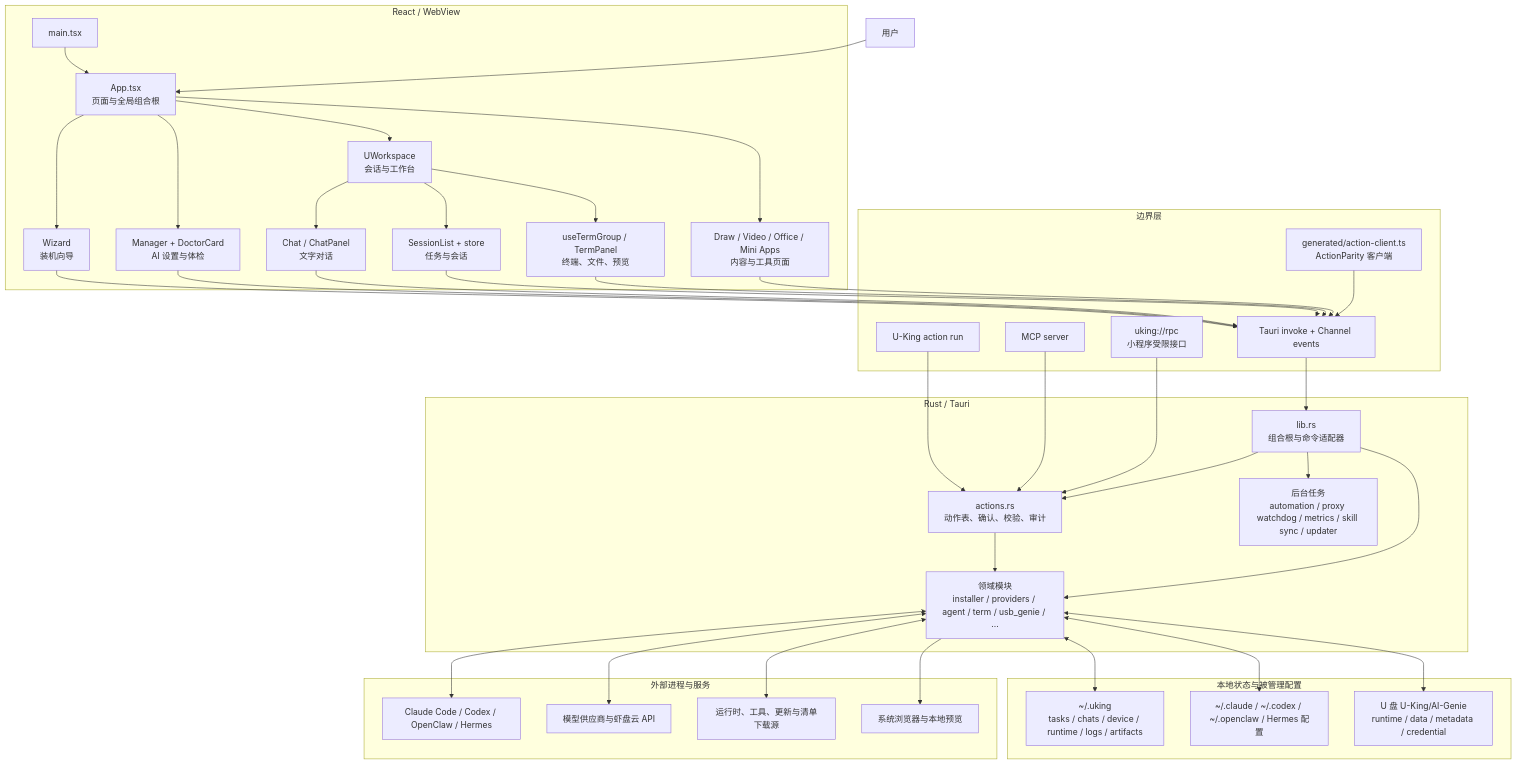
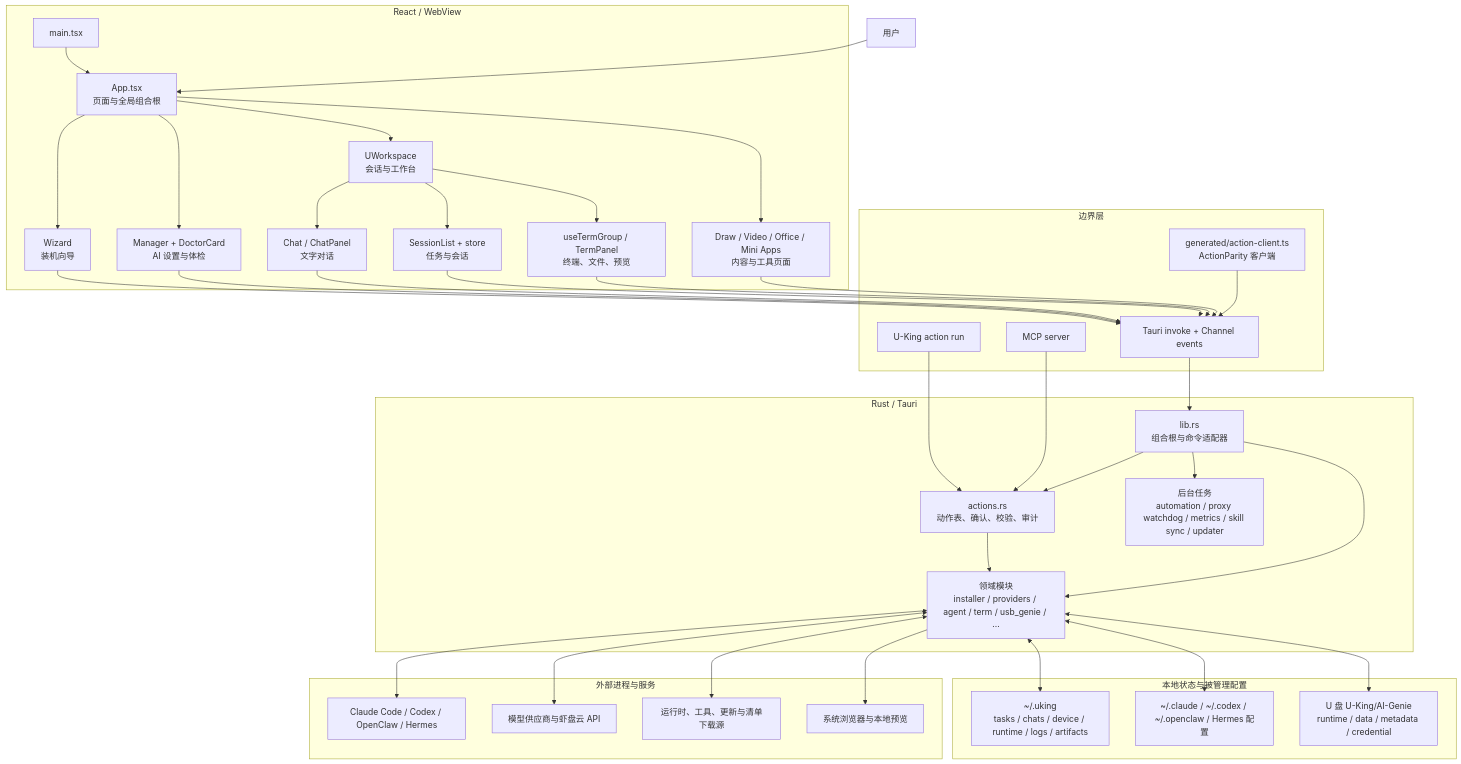
One commit to dongsheng123132/u-king changed the first of 4 diagrams in ARCHITECTURE.md. Above: the diagram before and after it, drawn with Mermaid. The commit also changed other lines of this file and 30 other files, not shown here.

````diff
--- a/ARCHITECTURE.md
+++ b/ARCHITECTURE.md
@@ -33,69 +33,67 @@
 ```mermaid
 flowchart TB
     User["用户"]
 
     subgraph Frontend["React / WebView"]
         Main["main.tsx"] --> App["App.tsx\n页面与全局组合根"]
         App --> Setup["Wizard\n装机向导"]
         App --> Manage["Manager + DoctorCard\nAI 设置与体检"]
         App --> Workspace["UWorkspace\n会话与工作台"]
         App --> Create["Draw / Video / Office / Mini Apps\n内容与工具页面"]
         Workspace --> Chat["Chat / ChatPanel\n文字对话"]
         Workspace --> Session["SessionList + store\n任务与会话"]
         Workspace --> TermUI["useTermGroup / TermPanel\n终端、文件、预览"]
     end
 
     subgraph Bridge["边界层"]
         Invoke["Tauri invoke + Channel events"]
         Generated["generated/action-client.ts\nActionParity 客户端"]
         CLI["U-King action run"]
         MCP["MCP server"]
-        MiniRPC["uking://rpc\n小程序受限接口"]
     end
 
     subgraph Backend["Rust / Tauri"]
         Lib["lib.rs\n组合根与命令适配器"]
         Actions["actions.rs\n动作表、确认、校验、审计"]
         Domains["领域模块\ninstaller / providers / agent / term / usb_genie / ..."]
         Startup["后台任务\nautomation / proxy watchdog / metrics / skill sync / updater"]
     end
 
     subgraph State["本地状态与被管理配置"]
         Uking["~/.uking\ntasks / chats / device / runtime / logs / artifacts"]
         ToolCfg["~/.claude / ~/.codex / ~/.openclaw / Hermes 配置"]
         USB["U 盘 U-King/AI-Genie\nruntime / data / metadata / credential"]
     end
 
     subgraph External["外部进程与服务"]
         AI["Claude Code / Codex / OpenClaw / Hermes"]
         Models["模型供应商与虾盘云 API"]
         Downloads["运行时、工具、更新与清单下载源"]
         Browser["系统浏览器与本地预览"]
     end
 
     User --> App
     Setup --> Invoke
     Manage --> Invoke
     Chat --> Invoke
     Session --> Invoke
     TermUI --> Invoke
     Create --> Invoke
     Generated --> Invoke
 
     Invoke --> Lib
     CLI --> Actions
     MCP --> Actions
-    MiniRPC --> Actions
     Lib --> Actions
     Actions --> Domains
     Lib --> Domains
     Lib --> Startup
 
     Domains <--> Uking
     Domains <--> ToolCfg
     Domains <--> USB
     Domains <--> AI
     Domains <--> Models
     Domains <--> Downloads
     Domains --> Browser
 ```
````
